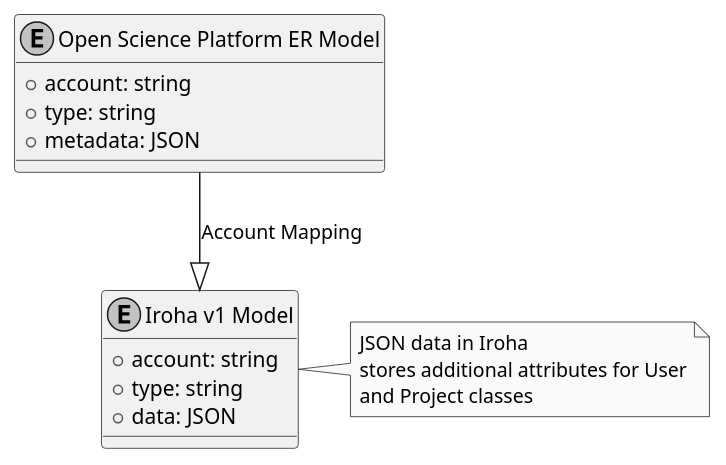
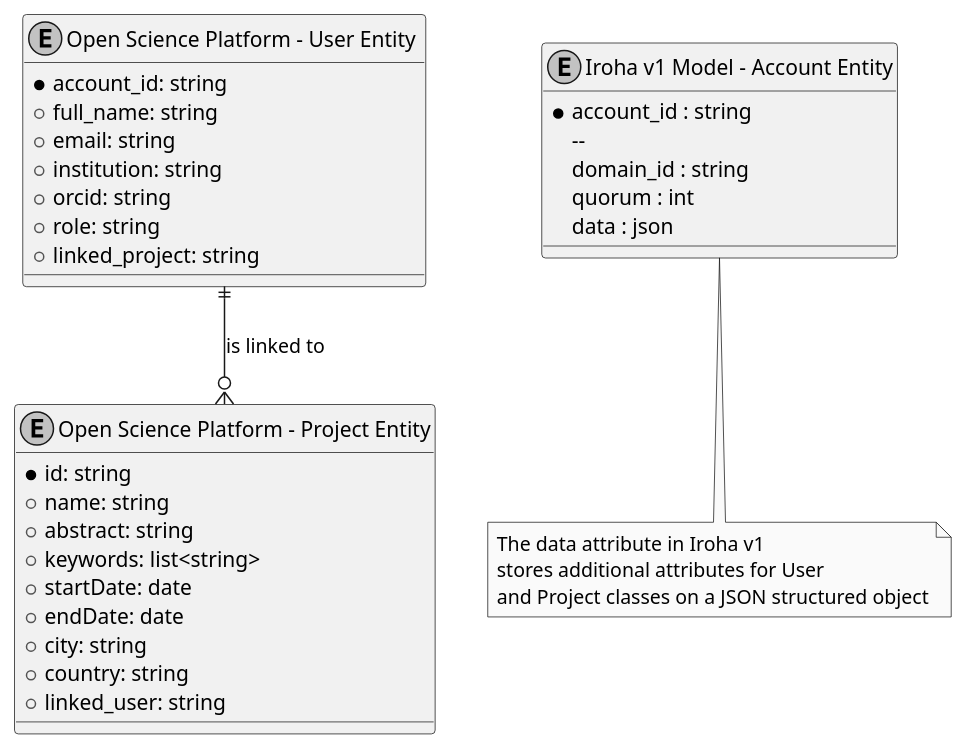
One commit to OliveiraEdu/d-OSP changed the diagram in diagrams/plantUML/comparing_er_models.wsd. Above: the diagram before and after it, drawn with PlantUML. The commit also changed 14 other files, not shown here.

```diff
--- a/diagrams/plantUML/comparing_er_models.wsd
+++ b/diagrams/plantUML/comparing_er_models.wsd
@@ -1,28 +1,49 @@
 @startuml
 
+
 skinparam monochrome true
+top to bottom direction
+
+entity "Open Science Platform - User Entity " as user {
+  * account_id: string 
+  + full_name: string
+  + email: string
+  + institution: string
+  + orcid: string
+  + role: string
+  + linked_project: string
+}
+
+entity "Open Science Platform - Project Entity" as project {
+  * id: string 
+  + name: string
+  + abstract: string
+  + keywords: list<string>
+  + startDate: date
+  + endDate: date
+  + city: string
+  + country: string
+  + linked_user: string
+}
+
+user  ||--o{ project : is linked to 
 
 
-entity "Open Science Platform ER Model" as OpenScience {
-  + account: string
-  + type: string
-  + metadata: JSON
+
+entity "Iroha v1 Model - Account Entity" as Iroha {
+      * account_id : string
+    -- 
+    domain_id : string
+    quorum : int
+    data : json
+
 }
 
-entity "Iroha v1 Model" as Iroha {
-  + account: string
-  + type: string
-  + data: JSON
-}
-
-' Relationship between the two models
-OpenScience --|> Iroha : Account Mapping
-
 ' Attribute definitions in Iroha for the JSON usage
-note right of Iroha
-  JSON data in Iroha
+note bottom of Iroha
+  The data attribute in Iroha v1
   stores additional attributes for User
-  and Project classes
+  and Project classes on a JSON structured object
 end note
 
 @enduml
```
